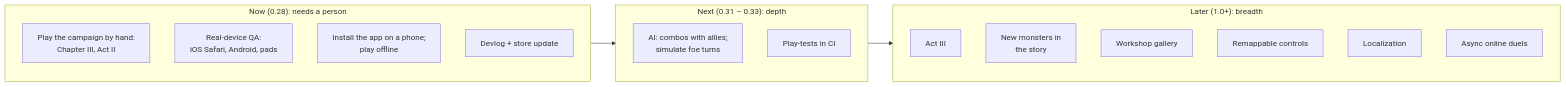
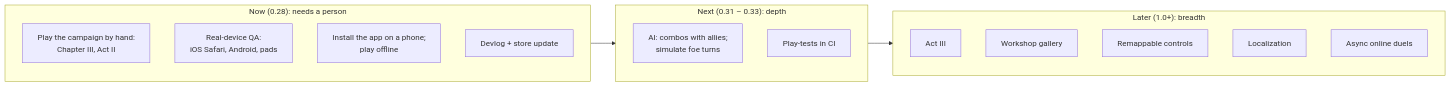
One commit to CptNope/Chess-RPG-Tactics changed the second of 4 diagrams in docs/ROADMAP.md. Above: the diagram before and after it, drawn with Mermaid. The commit also changed other lines of this file and 10 other files, not shown here.

````diff
--- a/docs/ROADMAP.md
+++ b/docs/ROADMAP.md
@@ -95,25 +97,24 @@
 ```mermaid
 flowchart LR
     subgraph NOW["Now (0.28): needs a person"]
         direction TB
         N1["Play the campaign by hand:<br/>Chapter III, Act II"]
         N2["Real-device QA:<br/>iOS Safari, Android, pads"]
         N3["Install the app on a phone;<br/>play offline"]
         N4["Devlog + store update"]
     end
     subgraph NEXT["Next (0.31 – 0.33): depth"]
         direction TB
         X1["AI: combos with allies;<br/>simulate foe turns"]
         X5["Play-tests in CI"]
     end
     subgraph LATER["Later (1.0+): breadth"]
         direction TB
         L1["Act III"]
-        L2["New monsters in<br/>the story"]
         L4["Workshop gallery"]
         L5["Remappable controls"]
         L6["Localization"]
         L7["Async online duels"]
     end
     NOW --> NEXT --> LATER
 ```
````
